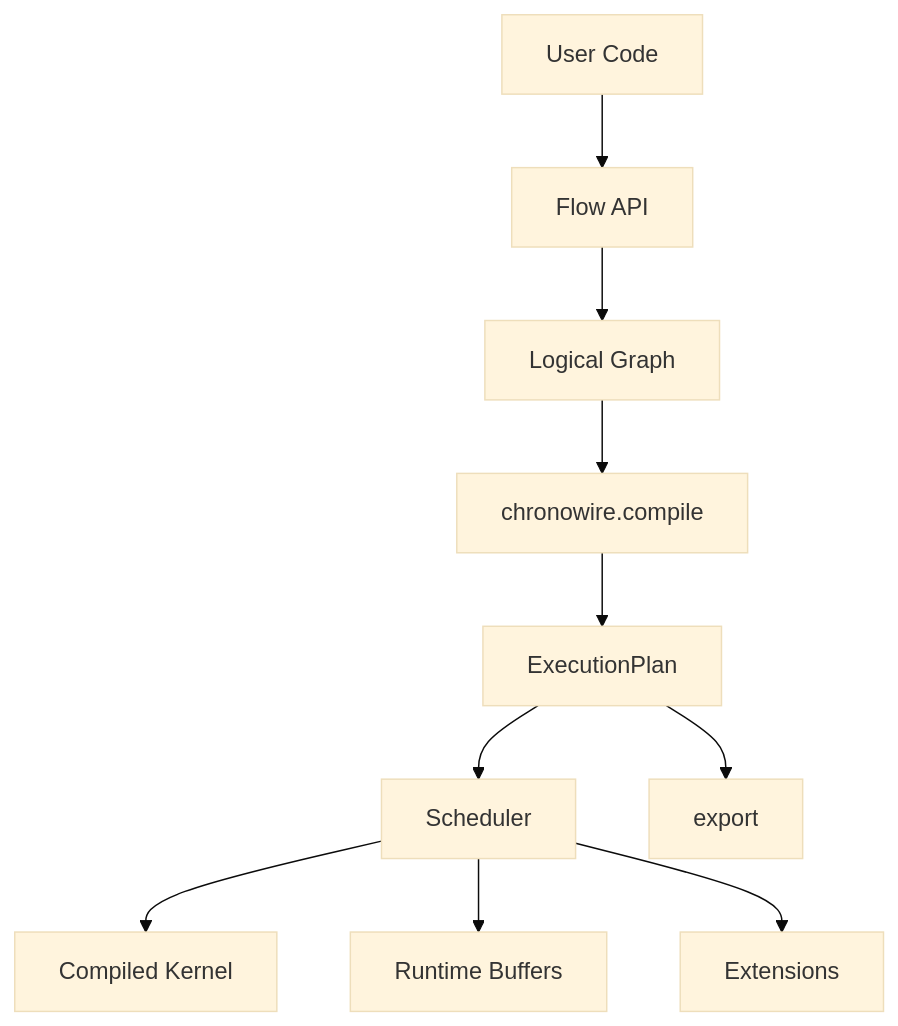
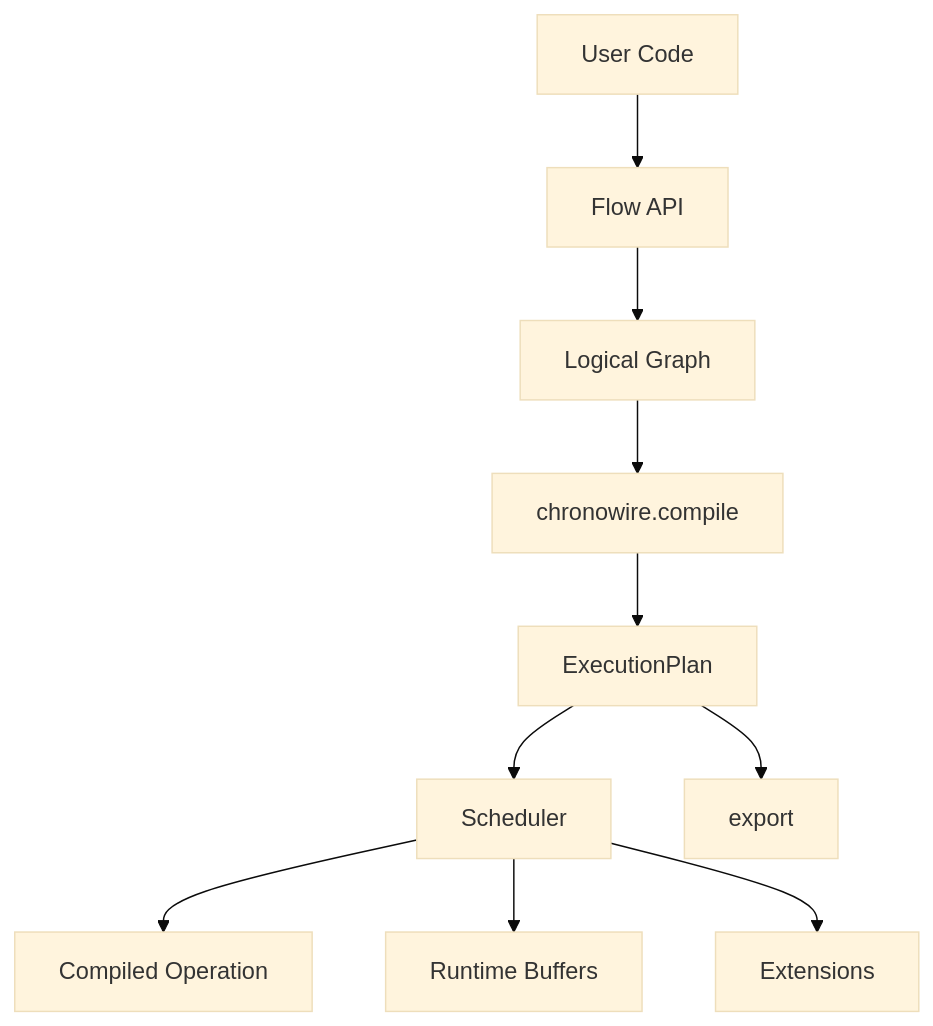
One commit to februa/chronowire changed the diagram in doc/chronowire_design/01_基本設計.md. Above: the diagram before and after it, drawn with Mermaid (base theme). The commit also changed other lines of this file and 14 other files, not shown here.

Commit message:
Define public Operation architecture

````diff
--- a/doc/chronowire_design/01_基本設計.md
+++ b/doc/chronowire_design/01_基本設計.md
@@ -204,12 +208,12 @@
 ```mermaid
 flowchart TD
     U[User Code] --> F[Flow API]
     F --> G[Logical Graph]
     G --> C[chronowire.compile]
     C --> P[ExecutionPlan]
     P --> S[Scheduler]
-    S --> K[Compiled Kernel]
+    S --> K[Compiled Operation]
     S --> B[Runtime Buffers]
     S --> E[Extensions]
     P --> X[export]
 ```
````
